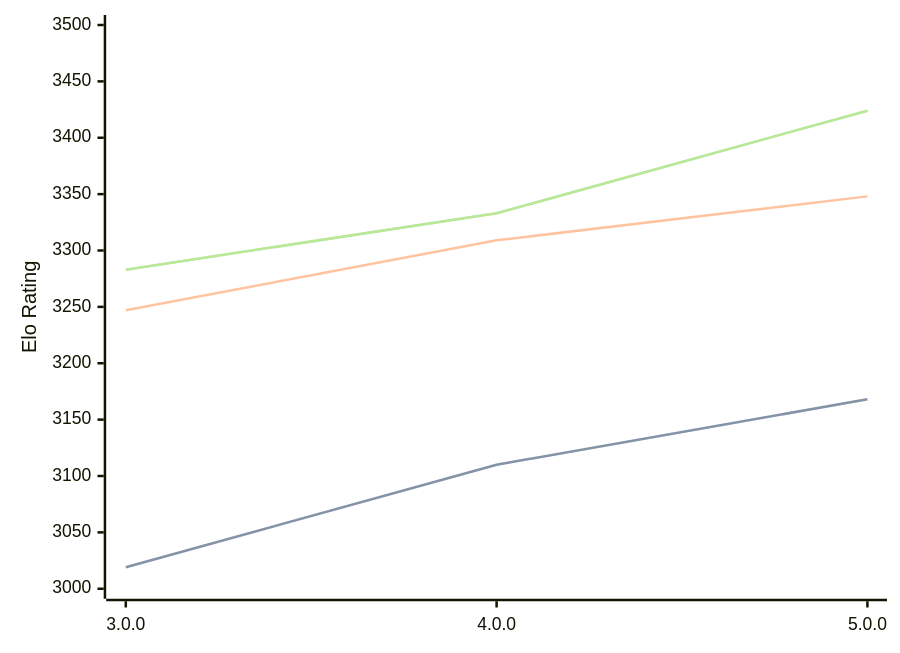
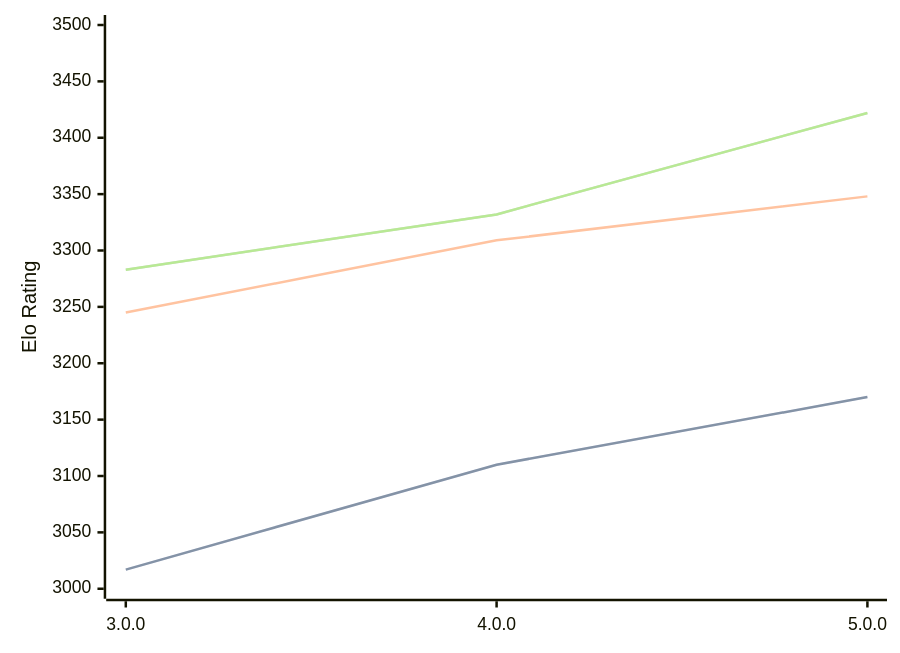
One commit to computer-chess-index/cci changed the diagram in engines/Minke.md. Above: the diagram before and after it, drawn with Mermaid. The commit also changed other lines of this file, not shown here.

Commit message:
Update CCI Ratings (ELO VLTC) - 2026-03-12

````diff
--- a/engines/Minke.md
+++ b/engines/Minke.md
@@ -33,11 +33,11 @@
 ```mermaid
 %%{init: {"theme":"base","themeVariables":{"seriesColors:['#a3a3a3','#222221','#faa371']}}}%%
 xychart-beta
   x-axis ["3.0.0", "4.0.0", "5.0.0"]
   y-axis "Elo Rating" 3000 --> 3500
-  line "STC (8.0+0.08s)" [3019, 3110, 3168]
-  line "STC (8.0+0.08s)" [3019, 3110, 3168]
-  line "LTC (60.0+0.60s)" [3247, 3309, 3348]
-  line "VLTC (2m24s+1.12s)" [3283, 3333, 3424]
-  line "VLTC (2m24s+1.12s)" [3283, 3333, 3424]
+  line "STC (8.0+0.08s)" [3017, 3110, 3170]
+  line "STC (8.0+0.08s)" [3017, 3110, 3170]
+  line "LTC (60.0+0.60s)" [3245, 3309, 3348]
+  line "VLTC (2m24s+1.12s)" [3283, 3332, 3422]
+  line "VLTC (2m24s+1.12s)" [3283, 3332, 3422]
 ```
````
